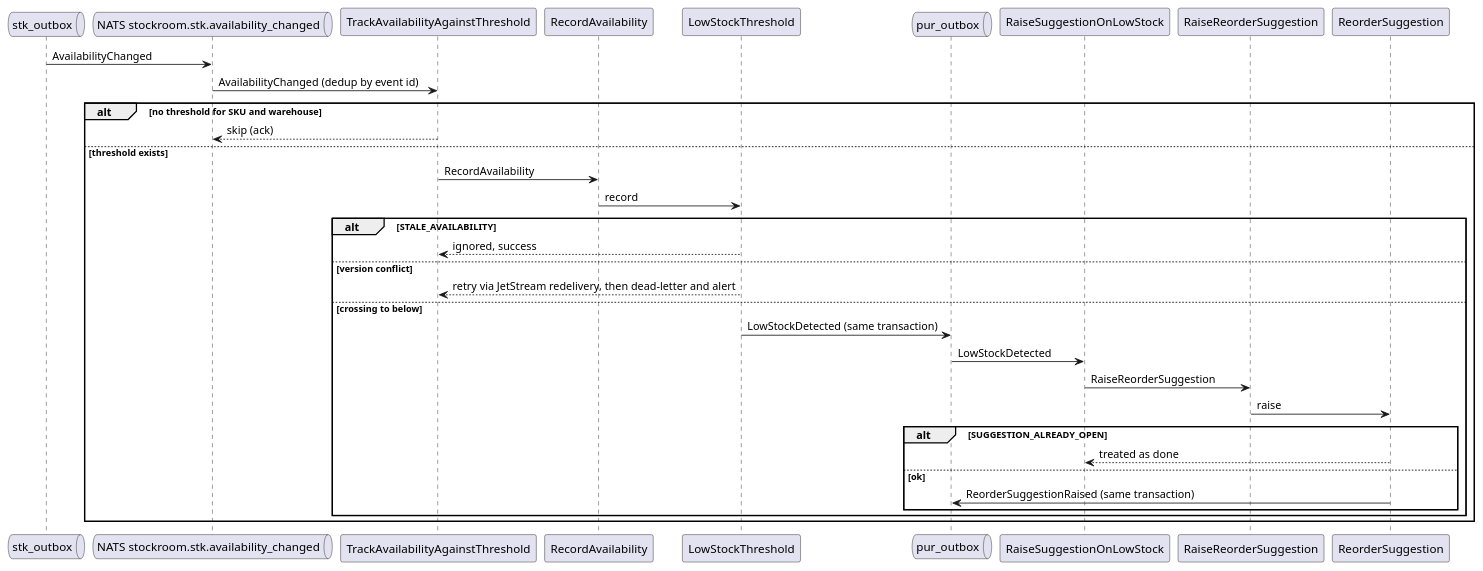
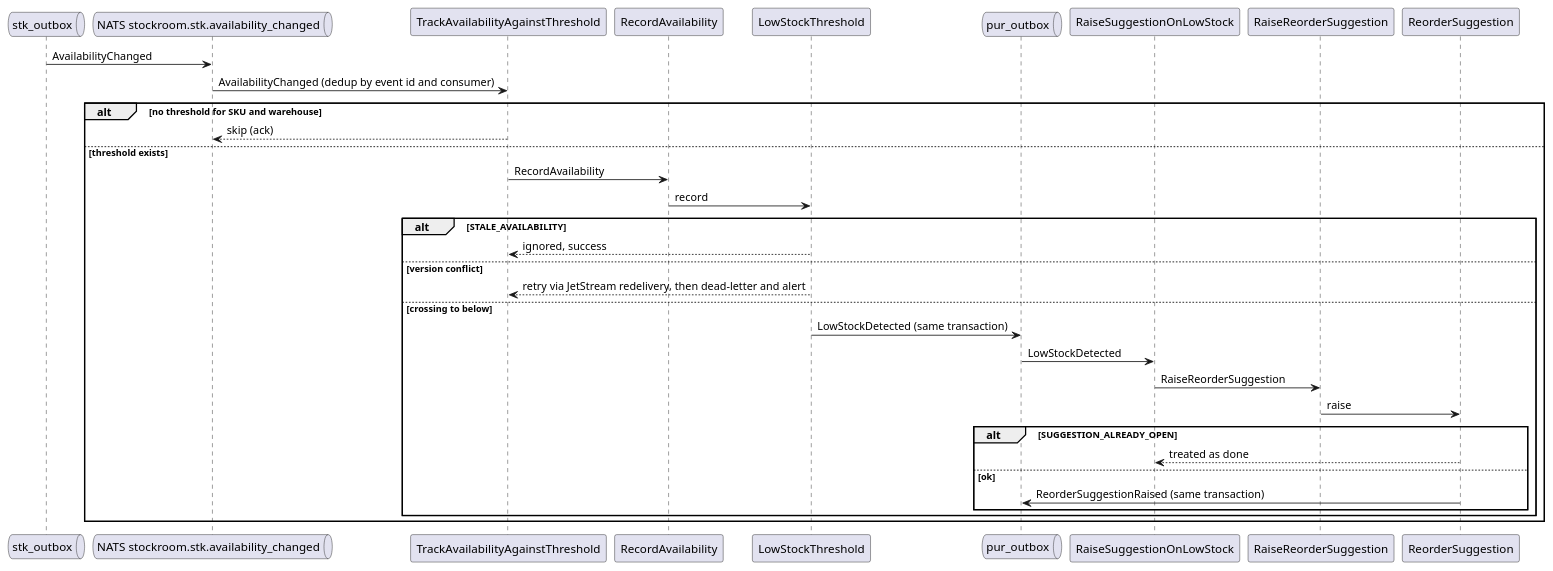
Before and after one commit to mahmoud112001/backend-claude-skills: the sixth of 7 diagrams in backend-skills-pack/tests/fixture-b/docs/design/05-diagrams-flows.md, drawn with PlantUML. The commit also changed other lines of this file and 12 other files, not shown here.

````diff
--- a/backend-skills-pack/tests/fixture-b/docs/design/05-diagrams-flows.md
+++ b/backend-skills-pack/tests/fixture-b/docs/design/05-diagrams-flows.md
@@ -137,36 +138,36 @@
 ```plantuml
 @startuml
 queue "stk_outbox" as SO
 queue "NATS stockroom.stk.availability_changed" as N
 participant "TrackAvailabilityAgainstThreshold" as P1
 participant "RecordAvailability" as C1
 participant "LowStockThreshold" as T
 queue "pur_outbox" as PO
 participant "RaiseSuggestionOnLowStock" as P2
 participant "RaiseReorderSuggestion" as C2
 participant "ReorderSuggestion" as R
 SO -> N : AvailabilityChanged
-N -> P1 : AvailabilityChanged (dedup by event id)
+N -> P1 : AvailabilityChanged (dedup by event id and consumer)
 alt no threshold for SKU and warehouse
   P1 --> N : skip (ack)
 else threshold exists
   P1 -> C1 : RecordAvailability
   C1 -> T : record
   alt STALE_AVAILABILITY
     T --> P1 : ignored, success
   else version conflict
     T --> P1 : retry via JetStream redelivery, then dead-letter and alert
   else crossing to below
     T -> PO : LowStockDetected (same transaction)
     PO -> P2 : LowStockDetected
     P2 -> C2 : RaiseReorderSuggestion
     C2 -> R : raise
     alt SUGGESTION_ALREADY_OPEN
       R --> P2 : treated as done
     else ok
       R -> PO : ReorderSuggestionRaised (same transaction)
     end
   end
 end
 @enduml
 ```
````
